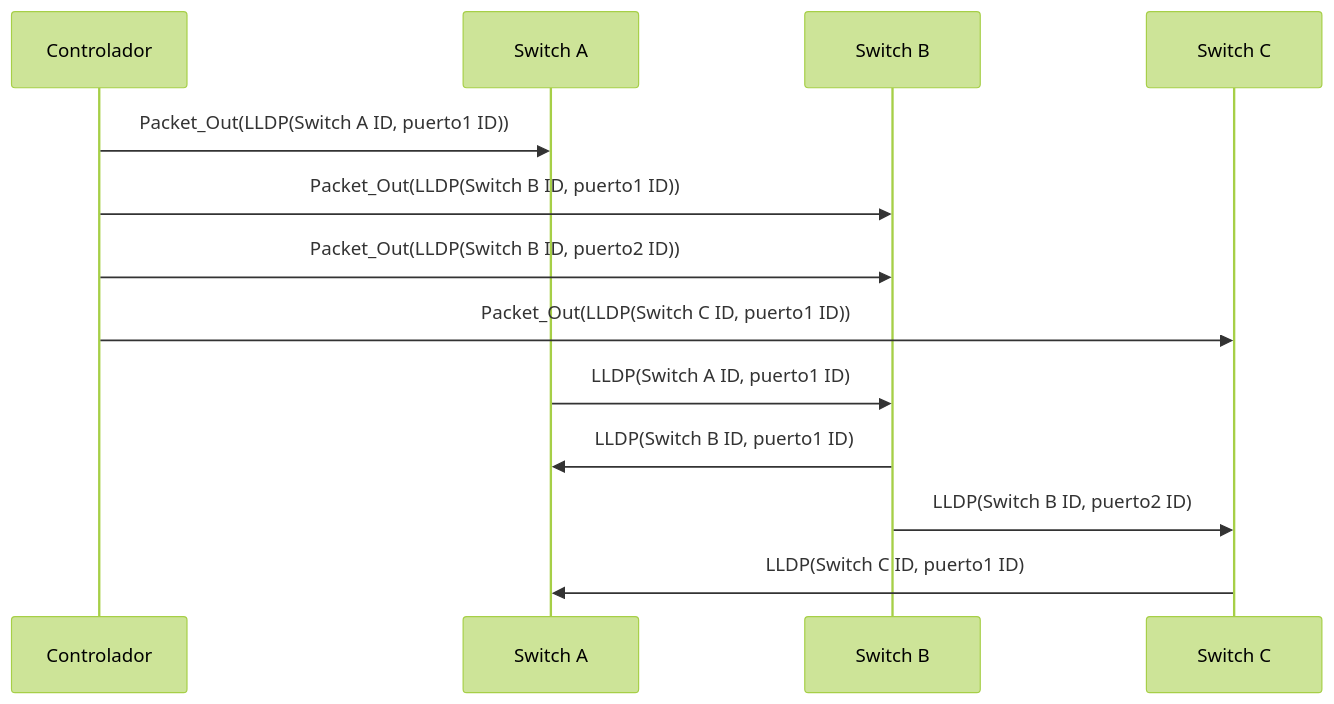
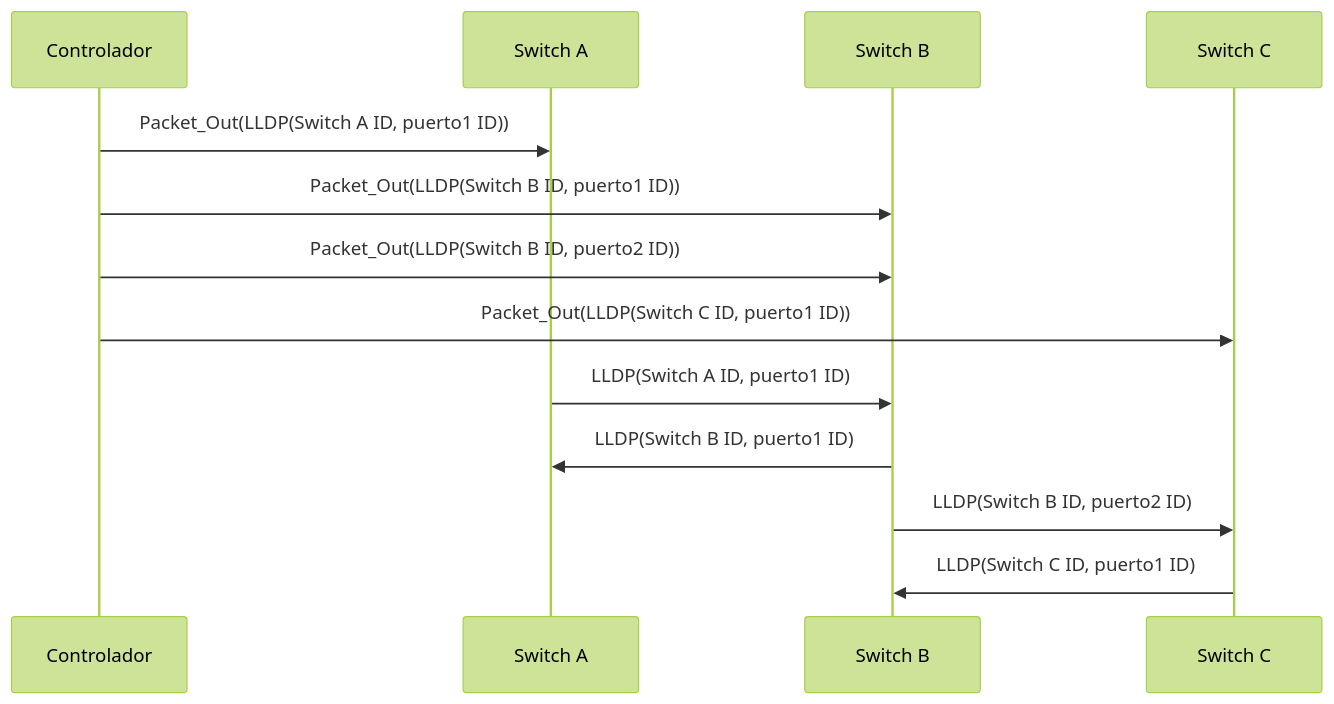
The second of 3 diagrams in _posts/2018-05-26-lldp.md (lopezalvar/lopezalvar.github.io), drawn with Mermaid (forest theme) before and after one commit. The commit also changed other lines of this file, not shown here.

````diff
--- a/_posts/2018-05-26-lldp.md
+++ b/_posts/2018-05-26-lldp.md
@@ -49,11 +49,11 @@
 ```mermaid
 sequenceDiagram
 Controlador ->>Switch A: Packet_Out(LLDP(Switch A ID, puerto1 ID))   
 Controlador ->>Switch B: Packet_Out(LLDP(Switch B ID, puerto1 ID))
 Controlador ->>Switch B: Packet_Out(LLDP(Switch B ID, puerto2 ID)) 
 Controlador ->>Switch C: Packet_Out(LLDP(Switch C ID, puerto1 ID))
 Switch A ->> Switch B : LLDP(Switch A ID, puerto1 ID)   
 Switch B ->> Switch A: LLDP(Switch B ID, puerto1 ID)
 Switch B ->> Switch C : LLDP(Switch B ID, puerto2 ID)
-Switch C ->> Switch A : LLDP(Switch C ID, puerto1 ID)
+Switch C ->> Switch B : LLDP(Switch C ID, puerto1 ID)
 ```
````
